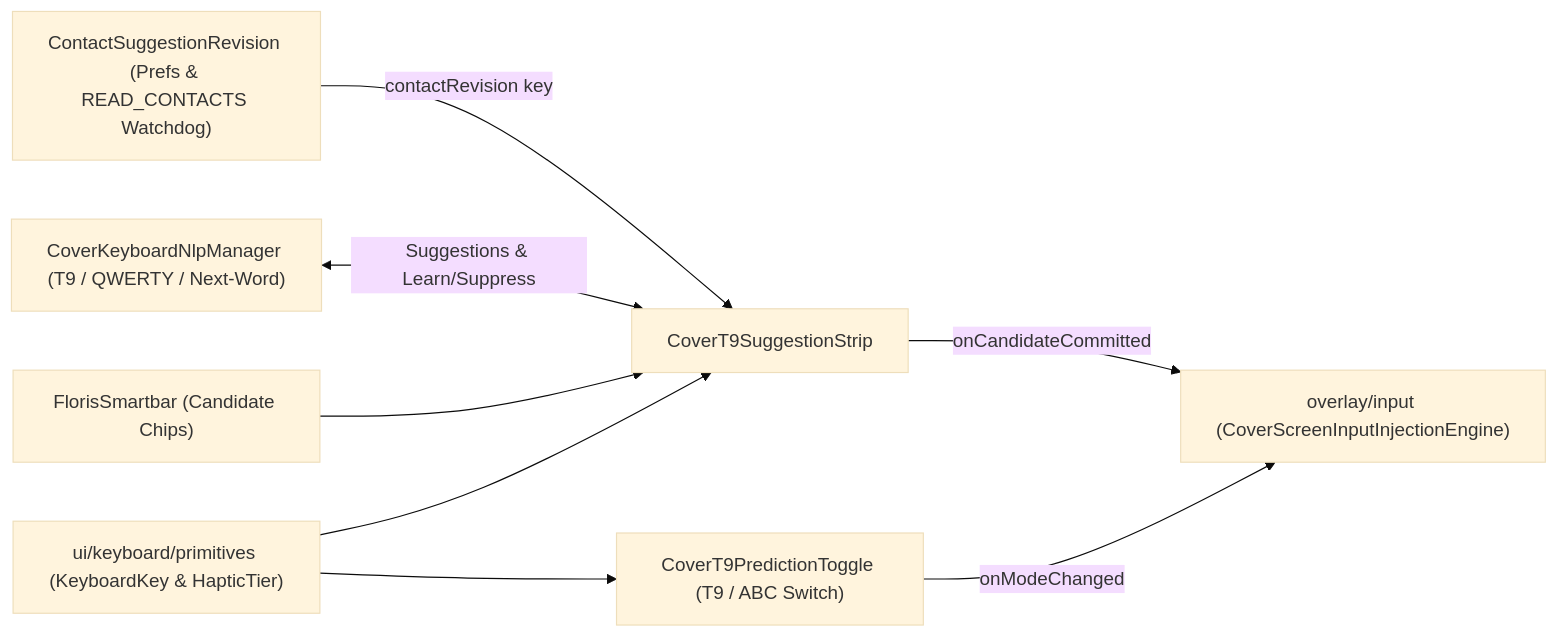
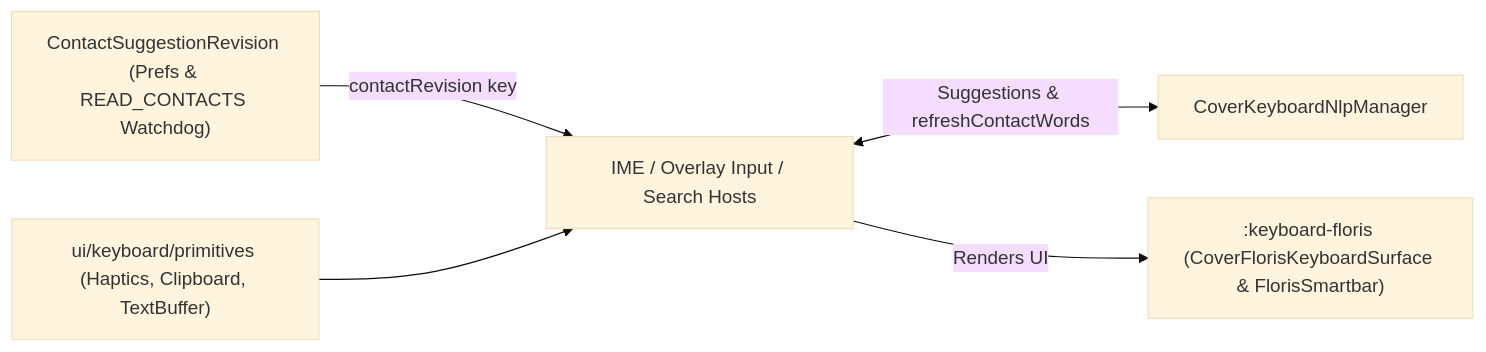
Before and after one commit to tyejaedon/Cover-Screen-OS: the diagram in app/src/main/java/com/tyejaedon/coverscreenos/ui/keyboard/README.md, drawn with Mermaid (base theme). The commit also changed other lines of this file and 25 other files, not shown here.

Commit message:
feat: add voice dictation and contact suggestion integration for keyboard IME

````diff
--- a/app/src/main/java/com/tyejaedon/coverscreenos/ui/keyboard/README.md
+++ b/app/src/main/java/com/tyejaedon/coverscreenos/ui/keyboard/README.md
@@ -72,10 +42,7 @@
 ```mermaid
 flowchart LR
-    Contacts["ContactSuggestionRevision (Prefs & READ_CONTACTS Watchdog)"] -->|"contactRevision key"| Strip["CoverT9SuggestionStrip"]
-    NLP["CoverKeyboardNlpManager (T9 / QWERTY / Next-Word)"] <-->|"Suggestions & Learn/Suppress"| Strip
-    FlorisBar["FlorisSmartbar (Candidate Chips)"] --> Strip
-    Primitives["ui/keyboard/primitives (KeyboardKey & HapticTier)"] --> Strip
-    Primitives --> Toggle["CoverT9PredictionToggle (T9 / ABC Switch)"]
-    Strip -->|"onCandidateCommitted"| InputOverlay["overlay/input (CoverScreenInputInjectionEngine)"]
-    Toggle -->|"onModeChanged"| InputOverlay
+    Contacts["ContactSuggestionRevision (Prefs & READ_CONTACTS Watchdog)"] -->|"contactRevision key"| Hosts["IME / Overlay Input / Search Hosts"]
+    Primitives["ui/keyboard/primitives (Haptics, Clipboard, TextBuffer)"] --> Hosts
+    Hosts <-->|"Suggestions & refreshContactWords"| NLP["CoverKeyboardNlpManager"]
+    Hosts -->|"Renders UI"| Floris[":keyboard-floris (CoverFlorisKeyboardSurface & FlorisSmartbar)"]
 ```
````
